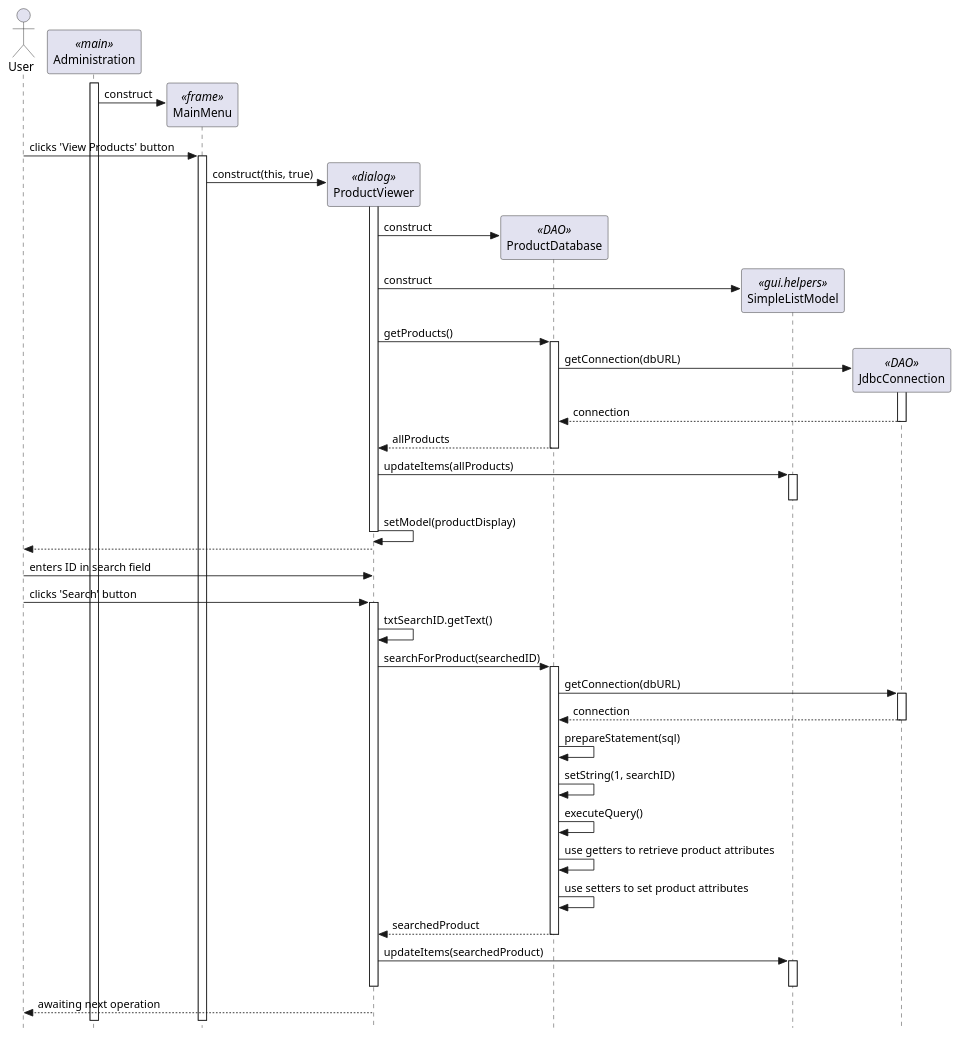
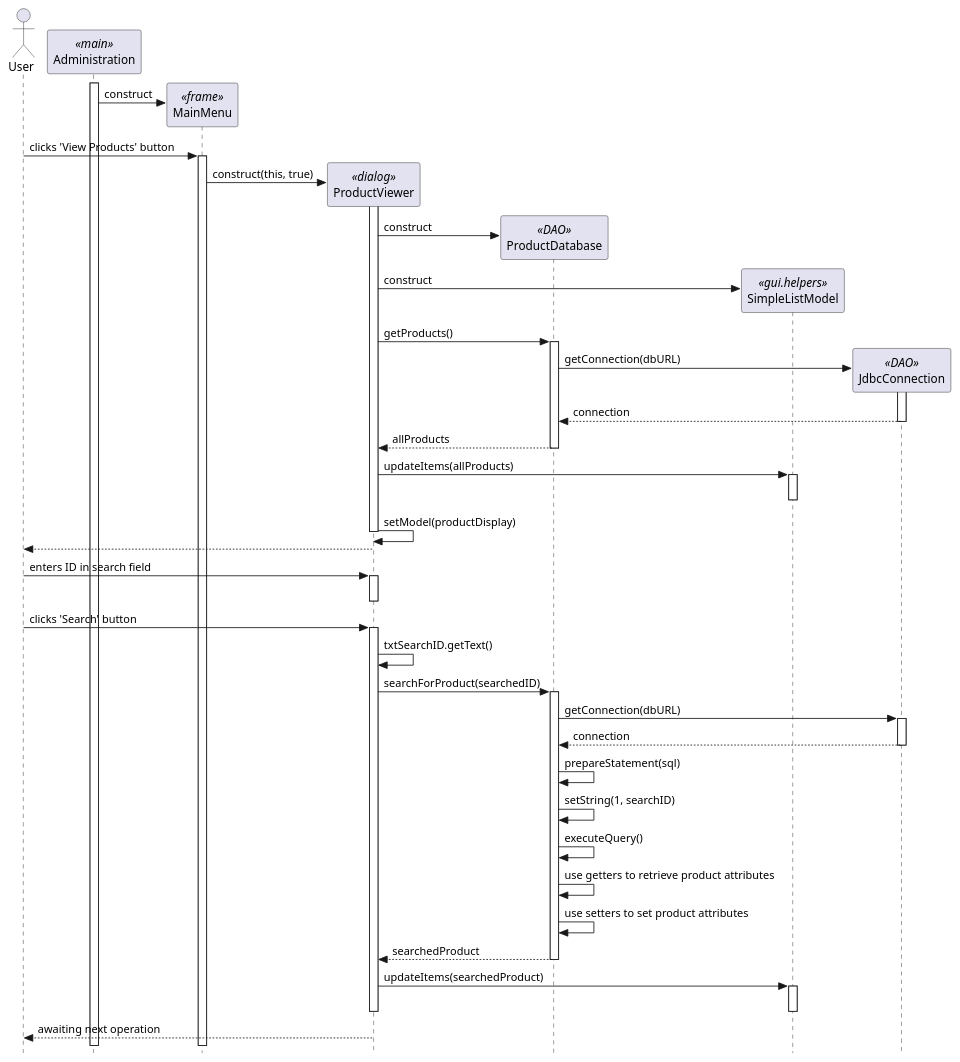
The diagram in sequenceDiagrams/searchForProduct.puml (nikolahmcwin/shoppingSystem-info202), drawn with PlantUML before and after one commit. The commit also changed 3 other files, not shown here.

Commit message:
Minor edits and consistency added to sequence diagrams. References #10

```diff
--- a/sequenceDiagrams/searchForProduct.puml
+++ b/sequenceDiagrams/searchForProduct.puml
@@ -1,89 +1,90 @@
 @startuml
 
 ' use strict UML mode
 skinparam style strictuml
 
 ' create actor user
 actor "User" as user
 
 ' create main adminstration 
 participant "Administration" as main <<main>>
 main++
 
 ' create main menu frame
 create "MainMenu" as menu <<frame>>
 main -> menu : construct
 
 user -> menu++ : clicks 'View Products' button
 
 ' create product viewer dialog
 create "ProductViewer" as viewer <<dialog>>
 menu -> viewer :  construct(this, true)
 
 viewer++
 
 ' create a DAO
 create "ProductDatabase" as dao <<DAO>>
 viewer -> dao : construct 
 
 ' create the simple model list
 create "SimpleListModel" as modellist <<gui.helpers>>
 viewer -> modellist : construct
 
 
 
 ' get the products from dao database
 viewer -> dao++ : getProducts()
 'dao -> dao : JdbcConnection.getConnection(dbURL)
 'dao -> dao : dbCon.prepareStatement(sql);
 'dao -> dao : stmt.executeQuery()
 
 create "JdbcConnection" as jdbc <<DAO>>
 dao -> jdbc++ : getConnection(dbURL)
 jdbc --> dao : connection
 jdbc--
 
 dao --> viewer : allProducts
 dao--
 
 ' put products in Simple List Model
 viewer -> modellist++ : updateItems(allProducts)
 modellist--
 
 ' update list to display products
 viewer -> viewer : setModel(productDisplay)
 viewer--
 
 viewer --> user
 
 ' Pull out selected product to edit
-user -> viewer : enters ID in search field
+user -> viewer++ : enters ID in search field
+viewer--
 user -> viewer++ : clicks 'Search' button
 
 viewer -> viewer : txtSearchID.getText()
 viewer -> dao++ : searchForProduct(searchedID)
 
 dao -> jdbc++ : getConnection(dbURL)
 jdbc--> dao : connection
 jdbc--
 
 dao -> dao : prepareStatement(sql)
 dao -> dao : setString(1, searchID)
 dao -> dao : executeQuery()
 
 dao -> dao : use getters to retrieve product attributes
 dao -> dao : use setters to set product attributes
 dao --> viewer : searchedProduct
 
 dao--
 
 
 ' put products in Simple List Model
 viewer -> modellist++ : updateItems(searchedProduct)
 modellist--
 viewer-- 
 
 viewer --> user : awaiting next operation
 
 
 @enduml
```
